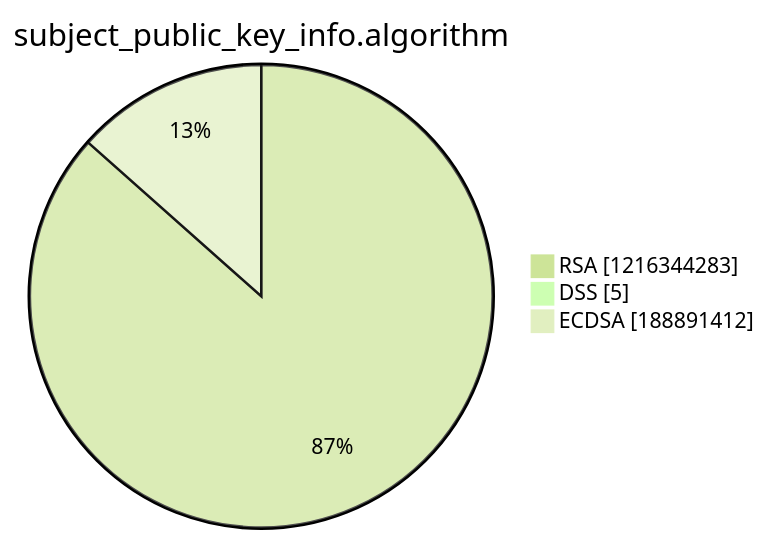
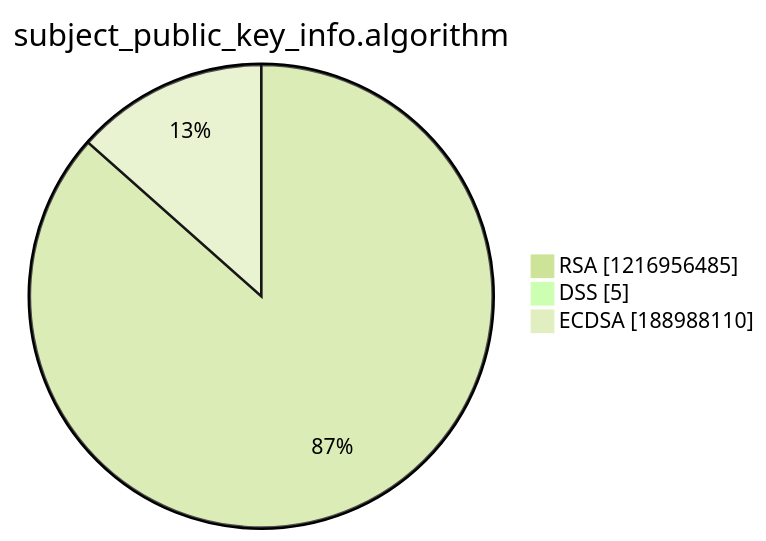
The third of 15 diagrams in argon2022/README.md (christiankrug/ctmonitor_visualization), drawn with Mermaid (forest theme) before and after one commit. The commit also changed other lines of this file, not shown here.

````diff
--- a/argon2022/README.md
+++ b/argon2022/README.md
@@ -14,7 +14,7 @@
 ```mermaid
 pie showData
 title subject_public_key_info.algorithm
-"RSA" :1216344283
+"RSA" :1216956485
 "DSS" :5
-"ECDSA" :188891412
+"ECDSA" :188988110
 ```
````
